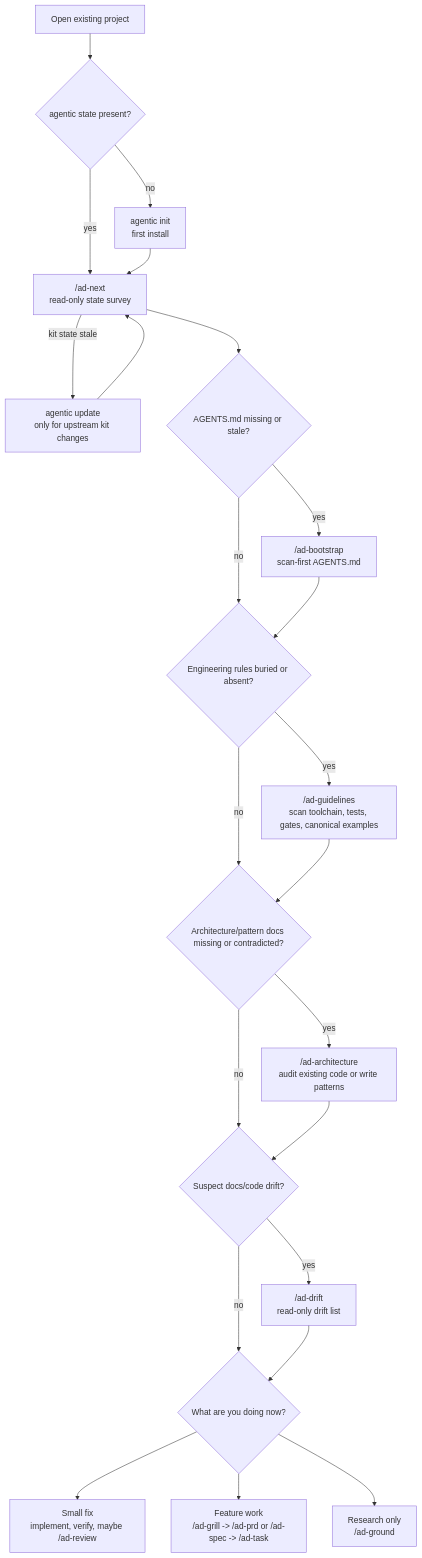
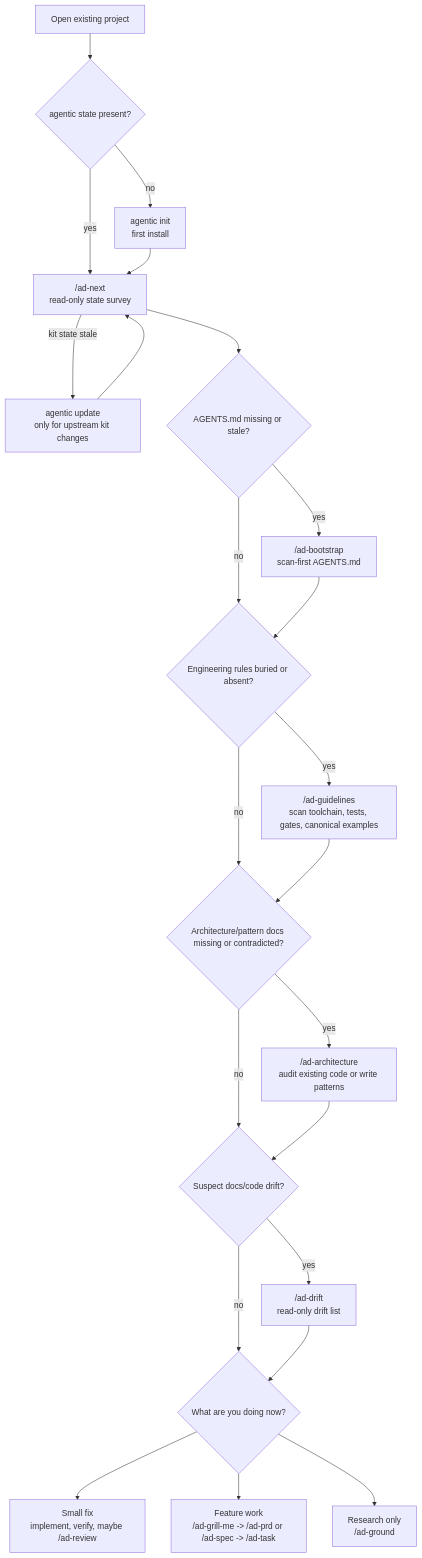
The fourth of 10 diagrams in WORKFLOW-FLOWS.md (alexandremendoncaalvaro/agentic-development), drawn with Mermaid before and after one commit. The commit also changed other lines of this file and 47 other files, not shown here.

````diff
--- a/WORKFLOW-FLOWS.md
+++ b/WORKFLOW-FLOWS.md
@@ -135,43 +135,43 @@
 ```mermaid
 flowchart TD
     Open["Open existing project"]
     Installed{"agentic state present?"}
     Init["agentic init<br>first install"]
     Update["agentic update<br>only for upstream kit changes"]
     Next["/ad-next<br>read-only state survey"]
     NeedRules{"AGENTS.md missing or stale?"}
     Bootstrap["/ad-bootstrap<br>scan-first AGENTS.md"]
     NeedGuidelines{"Engineering rules buried or absent?"}
     Guidelines["/ad-guidelines<br>scan toolchain, tests, gates, canonical examples"]
     NeedArchitecture{"Architecture/pattern docs missing or contradicted?"}
     Architecture["/ad-architecture<br>audit existing code or write patterns"]
     NeedDrift{"Suspect docs/code drift?"}
     Audit["/ad-drift<br>read-only drift list"]
     WorkKind{"What are you doing now?"}
     QuickFix["Small fix<br>implement, verify, maybe /ad-review"]
-    Feature["Feature work<br>/ad-grill -> /ad-prd or /ad-spec -> /ad-task"]
+    Feature["Feature work<br>/ad-grill-me -> /ad-prd or /ad-spec -> /ad-task"]
     Research["Research only<br>/ad-ground"]
 
     Open --> Installed
     Installed -->|no| Init
     Installed -->|yes| Next
     Init --> Next
     Next -->|kit state stale| Update
     Update --> Next
     Next --> NeedRules
     NeedRules -->|yes| Bootstrap
     NeedRules -->|no| NeedGuidelines
     Bootstrap --> NeedGuidelines
     NeedGuidelines -->|yes| Guidelines
     NeedGuidelines -->|no| NeedArchitecture
     Guidelines --> NeedArchitecture
     NeedArchitecture -->|yes| Architecture
     NeedArchitecture -->|no| NeedDrift
     Architecture --> NeedDrift
     NeedDrift -->|yes| Audit
     NeedDrift -->|no| WorkKind
     Audit --> WorkKind
     WorkKind --> QuickFix
     WorkKind --> Feature
     WorkKind --> Research
 ```
````
